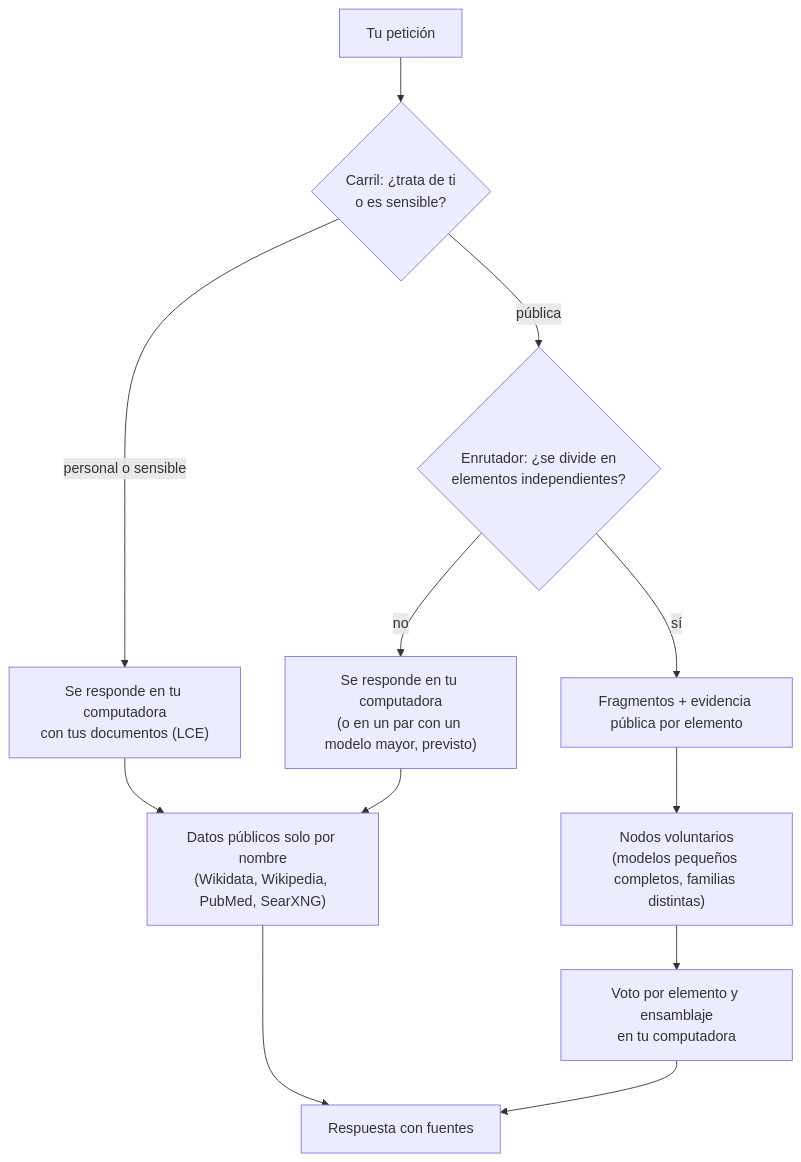
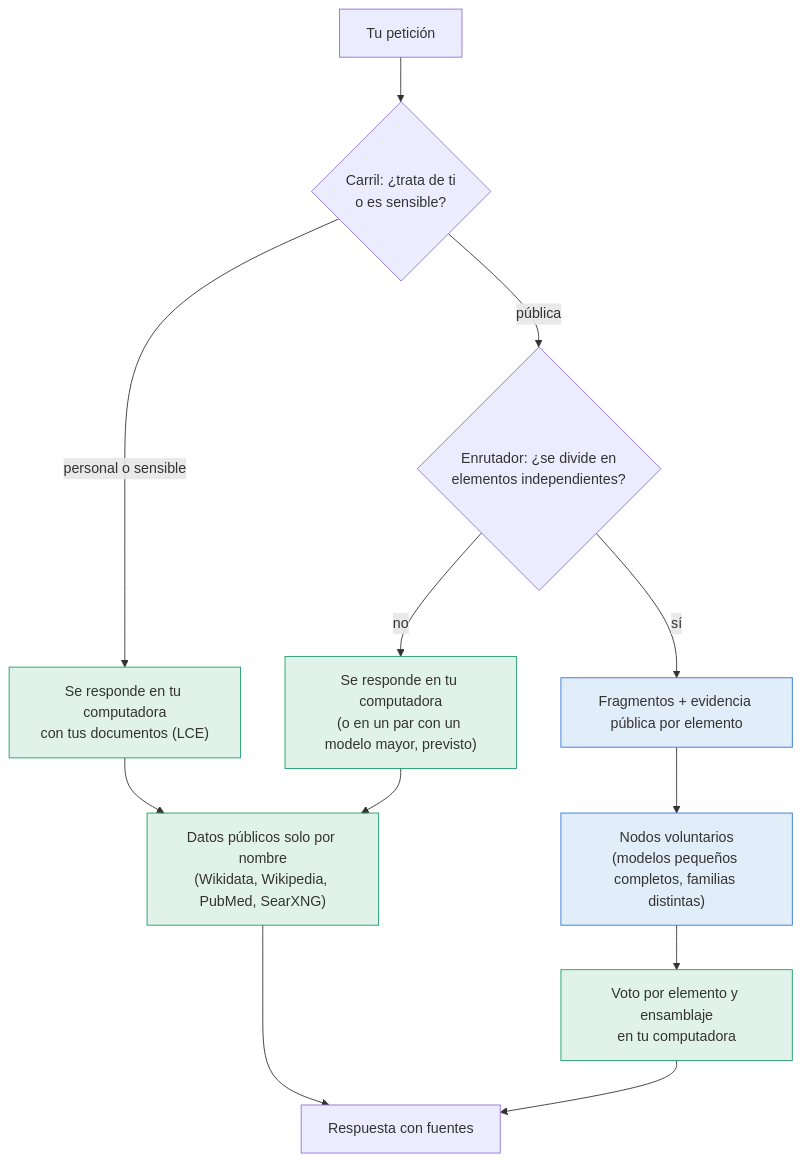
Before and after one commit to Sebastardito/SwarmblyAI: the seventh of 10 diagrams in README.md, drawn with Mermaid. The commit also changed other lines of this file and 22 other files, not shown here.

````diff
--- a/README.md
+++ b/README.md
@@ -182,14 +379,18 @@
 ```mermaid
 flowchart TB
   U["Tu petición"] --> L{"Carril: ¿trata de ti<br/>o es sensible?"}
   L -- "personal o sensible" --> LOC["Se responde en tu computadora<br/>con tus documentos (LCE)"]
   L -- "pública" --> R{"Enrutador: ¿se divide en<br/>elementos independientes?"}
   R -- "no" --> LOC2["Se responde en tu computadora<br/>(o en un par con un modelo mayor, previsto)"]
   R -- "sí" --> F["Fragmentos + evidencia pública por elemento"]
   F --> N["Nodos voluntarios<br/>(modelos pequeños completos, familias distintas)"]
   N --> A["Voto por elemento y ensamblaje<br/>en tu computadora"]
   LOC --> E["Datos públicos solo por nombre<br/>(Wikidata, Wikipedia, PubMed, SearXNG)"]
   LOC2 --> E
   E --> OUT["Respuesta con fuentes"]
   A --> OUT
+  classDef local fill:#1f9d6b22,stroke:#1f9d6b
+  classDef net fill:#2a78d622,stroke:#2a78d6
+  class LOC,LOC2,A,E local
+  class F,N net
 ```
````
